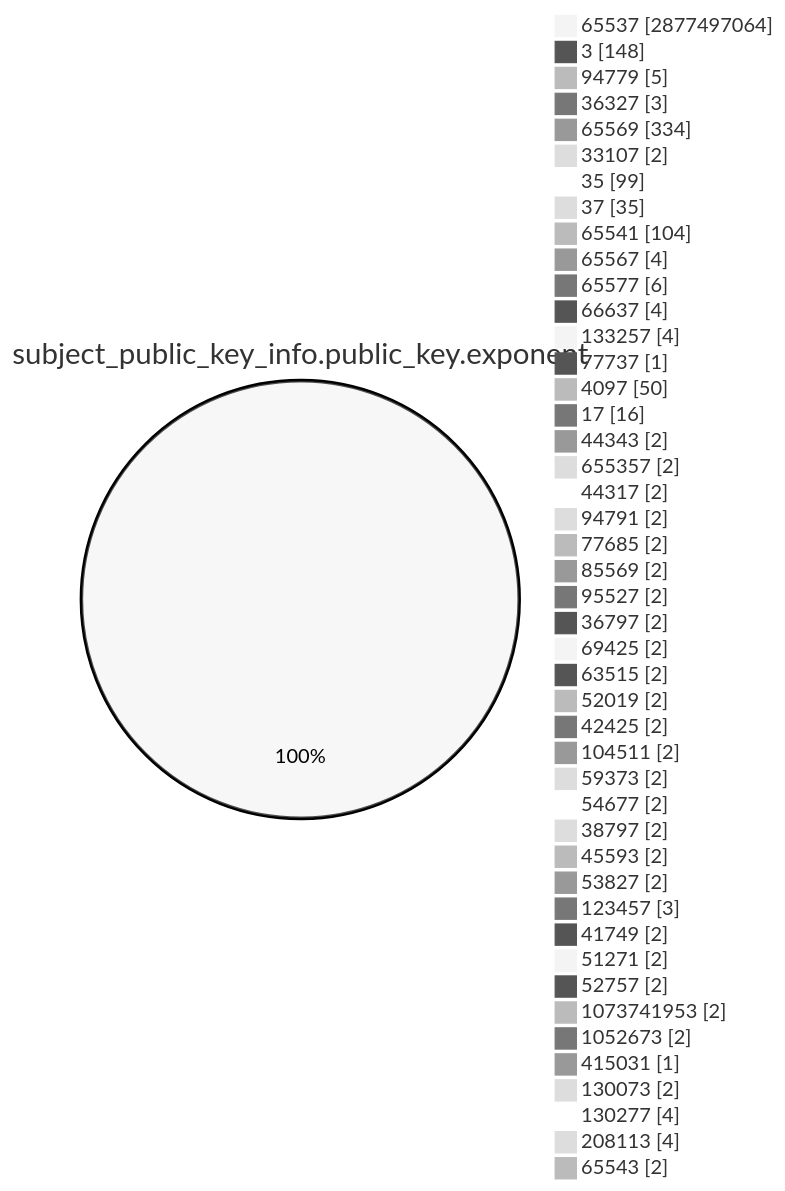
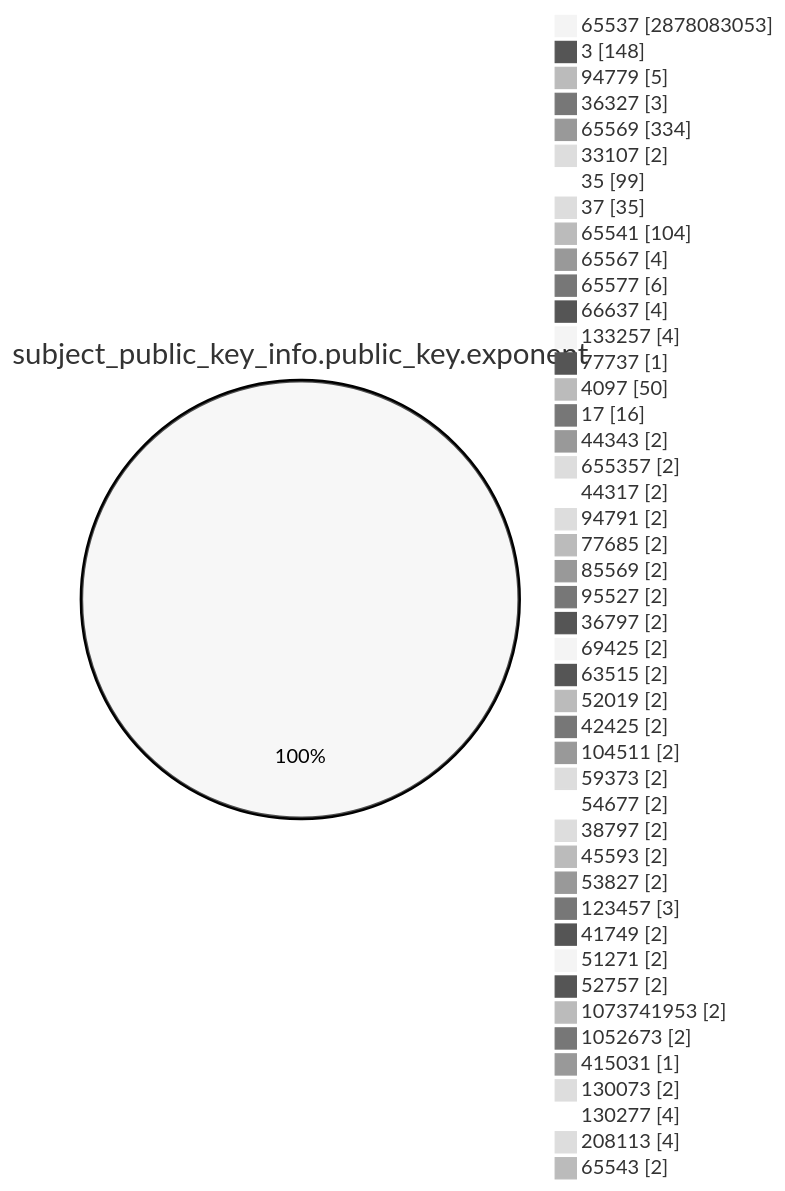
The fourth of 15 diagrams in TOTAL/README.md (christiankrug/ctmonitor_visualization), drawn with Mermaid (neutral theme) before and after one commit. The commit also changed other lines of this file, not shown here.

````diff
--- a/TOTAL/README.md
+++ b/TOTAL/README.md
@@ -1468,49 +1468,49 @@
 ```mermaid
 pie showData
 title subject_public_key_info.public_key.exponent
-"65537" :2877497064
+"65537" :2878083053
 "3" :148
 "94779" :5
 "36327" :3
 "65569" :334
 "33107" :2
 "35" :99
 "37" :35
 "65541" :104
 "65567" :4
 "65577" :6
 "66637" :4
 "133257" :4
 "77737" :1
 "4097" :50
 "17" :16
 "44343" :2
 "655357" :2
 "44317" :2
 "94791" :2
 "77685" :2
 "85569" :2
 "95527" :2
 "36797" :2
 "69425" :2
 "63515" :2
 "52019" :2
 "42425" :2
 "104511" :2
 "59373" :2
 "54677" :2
 "38797" :2
 "45593" :2
 "53827" :2
 "123457" :3
 "41749" :2
 "51271" :2
 "52757" :2
 "1073741953" :2
 "1052673" :2
 "415031" :1
 "130073" :2
 "130277" :4
 "208113" :4
 "65543" :2
 ```
````
